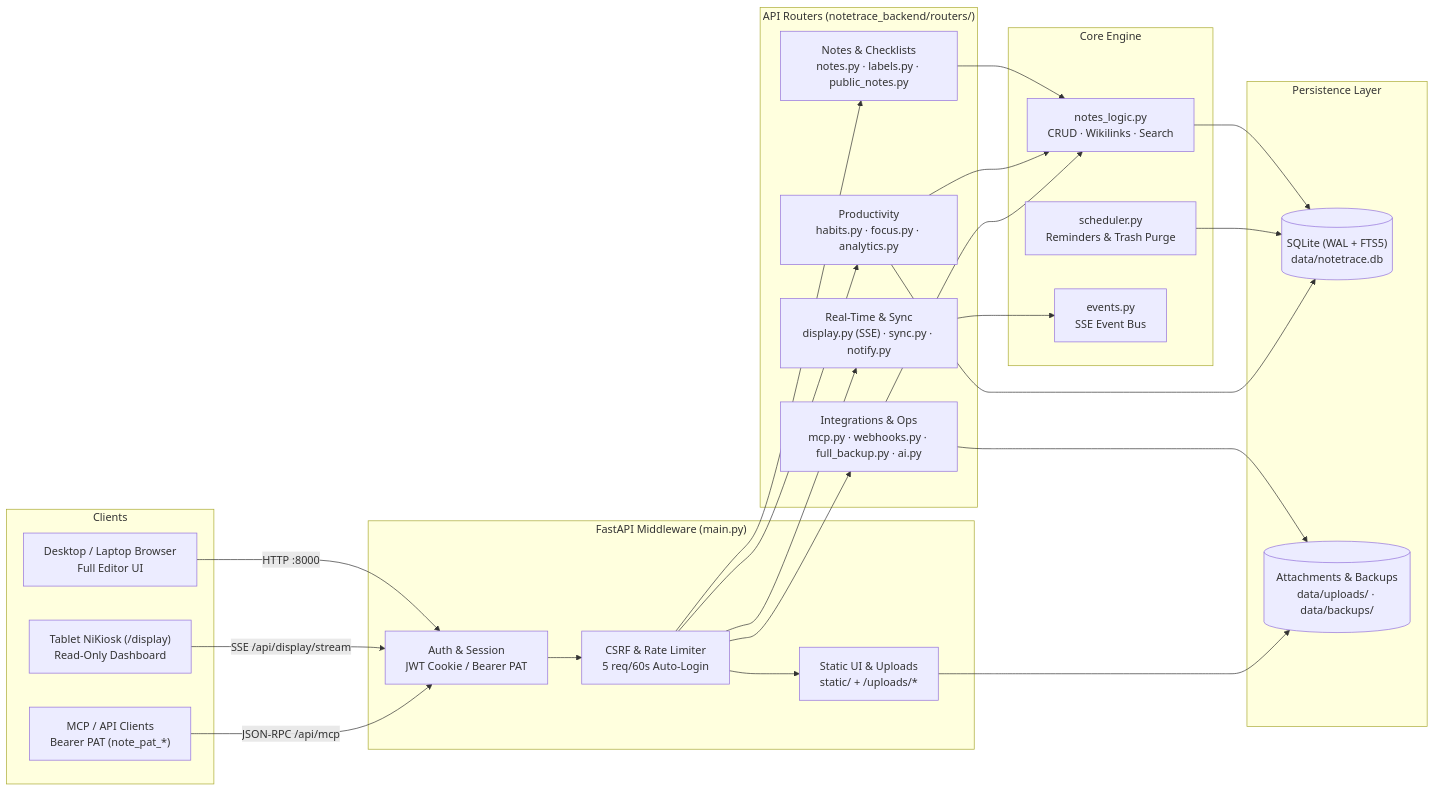
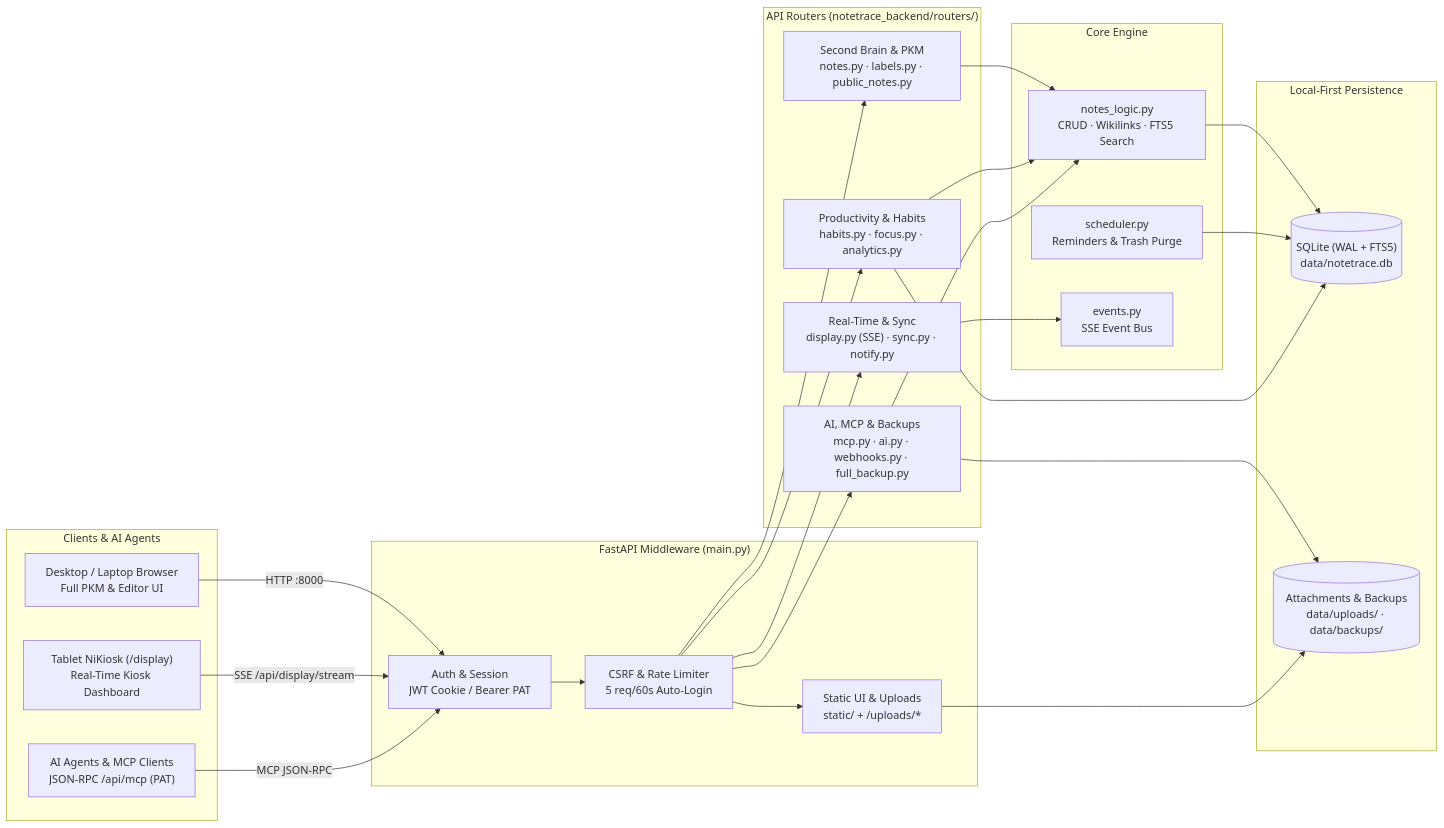
Before and after one commit to kanak2606/manifest: the diagram in README.md, drawn with Mermaid. The commit also changed other lines of this file, not shown here.

````diff
--- a/README.md
+++ b/README.md
@@ -11,50 +11,50 @@
 ```mermaid
 flowchart LR
-    subgraph Clients["Clients"]
-        B["Desktop / Laptop Browser<br/>Full Editor UI"]
-        K["Tablet NiKiosk (/display)<br/>Read-Only Dashboard"]
-        M["MCP / API Clients<br/>Bearer PAT (note_pat_*)"]
+    subgraph Clients["Clients & AI Agents"]
+        B["Desktop / Laptop Browser<br/>Full PKM & Editor UI"]
+        K["Tablet NiKiosk (/display)<br/>Real-Time Kiosk Dashboard"]
+        M["AI Agents & MCP Clients<br/>JSON-RPC /api/mcp (PAT)"]
     end
 
     subgraph Edge["FastAPI Middleware (main.py)"]
         AUTH["Auth & Session<br/>JWT Cookie / Bearer PAT"]
         CSRF["CSRF & Rate Limiter<br/>5 req/60s Auto-Login"]
         STATIC["Static UI & Uploads<br/>static/ + /uploads/*"]
     end
 
     subgraph Routers["API Routers (notetrace_backend/routers/)"]
-        R_NOTES["Notes & Checklists<br/>notes.py · labels.py · public_notes.py"]
-        R_PROD["Productivity<br/>habits.py · focus.py · analytics.py"]
+        R_NOTES["Second Brain & PKM<br/>notes.py · labels.py · public_notes.py"]
+        R_PROD["Productivity & Habits<br/>habits.py · focus.py · analytics.py"]
         R_RT["Real-Time & Sync<br/>display.py (SSE) · sync.py · notify.py"]
-        R_EXT["Integrations & Ops<br/>mcp.py · webhooks.py · full_backup.py · ai.py"]
+        R_EXT["AI, MCP & Backups<br/>mcp.py · ai.py · webhooks.py · full_backup.py"]
     end
 
     subgraph Core["Core Engine"]
-        LOGIC["notes_logic.py<br/>CRUD · Wikilinks · Search"]
+        LOGIC["notes_logic.py<br/>CRUD · Wikilinks · FTS5 Search"]
         SCHED["scheduler.py<br/>Reminders & Trash Purge"]
         EVT["events.py<br/>SSE Event Bus"]
     end
 
-    subgraph Storage["Persistence Layer"]
+    subgraph Storage["Local-First Persistence"]
         DB[("SQLite (WAL + FTS5)<br/>data/notetrace.db")]
         FS[("Attachments & Backups<br/>data/uploads/ · data/backups/")]
     end
 
     B -->|HTTP :8000| AUTH
     K -->|SSE /api/display/stream| AUTH
-    M -->|JSON-RPC /api/mcp| AUTH
+    M -->|MCP JSON-RPC| AUTH
 
     AUTH --> CSRF --> STATIC
     CSRF --> R_NOTES & R_PROD & R_RT & R_EXT
 
     R_NOTES --> LOGIC
     R_PROD --> LOGIC
     R_RT --> EVT
     R_EXT --> LOGIC
 
     LOGIC --> DB
     SCHED --> DB
     R_PROD --> DB
     R_EXT --> FS
     STATIC --> FS
 ```
````
